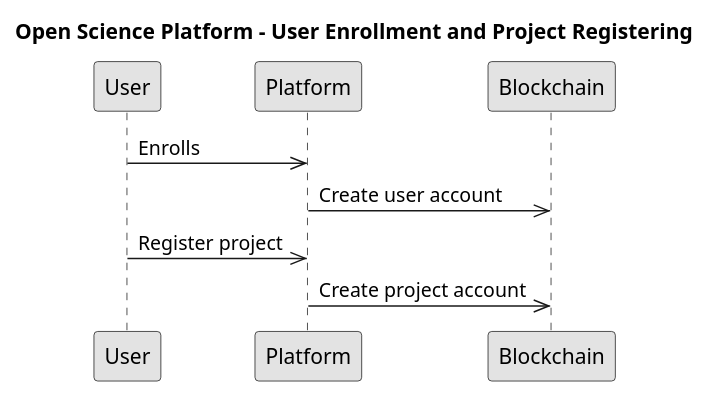
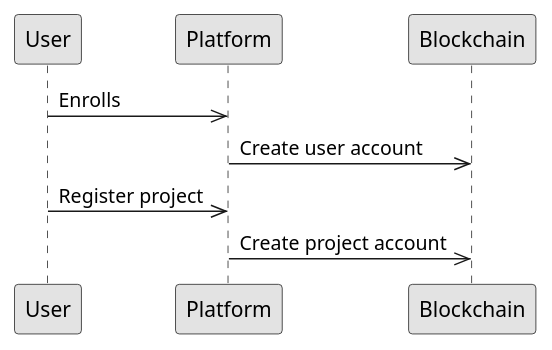
One commit to OliveiraEdu/d-OSP changed the diagram in diagrams/plantUML/c4_platform_operations_1.wsd. Above: the diagram before and after it, drawn with PlantUML. The commit also changed 110 other files, not shown here.

```diff
--- a/diagrams/plantUML/c4_platform_operations_1.wsd
+++ b/diagrams/plantUML/c4_platform_operations_1.wsd
@@ -1,17 +1,17 @@
 @startuml
 
 skinparam monochrome true
 
-title Open Science Platform - User Enrollment and Project Registering
+' title Open Science Platform - User Enrollment and Project Registering
 
 participant User as "User"
 participant Platform as "Platform"
 participant Blockchain as "Blockchain"
 
 User ->> Platform: Enrolls
 Platform ->> Blockchain: Create user account
 User ->> Platform: Register project
 Platform ->> Blockchain: Create project account
 
 
 @enduml
```
